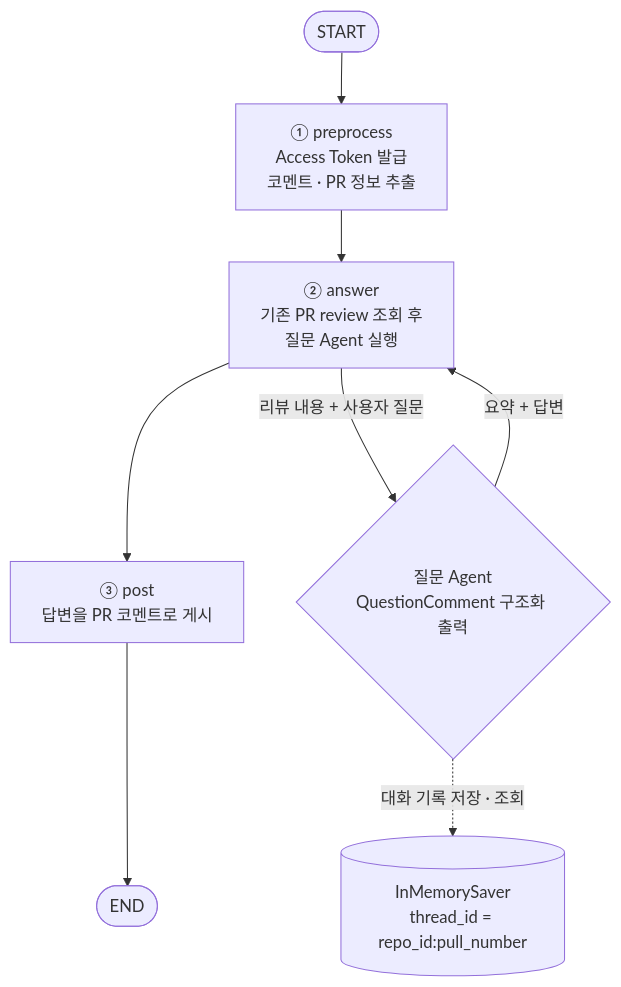
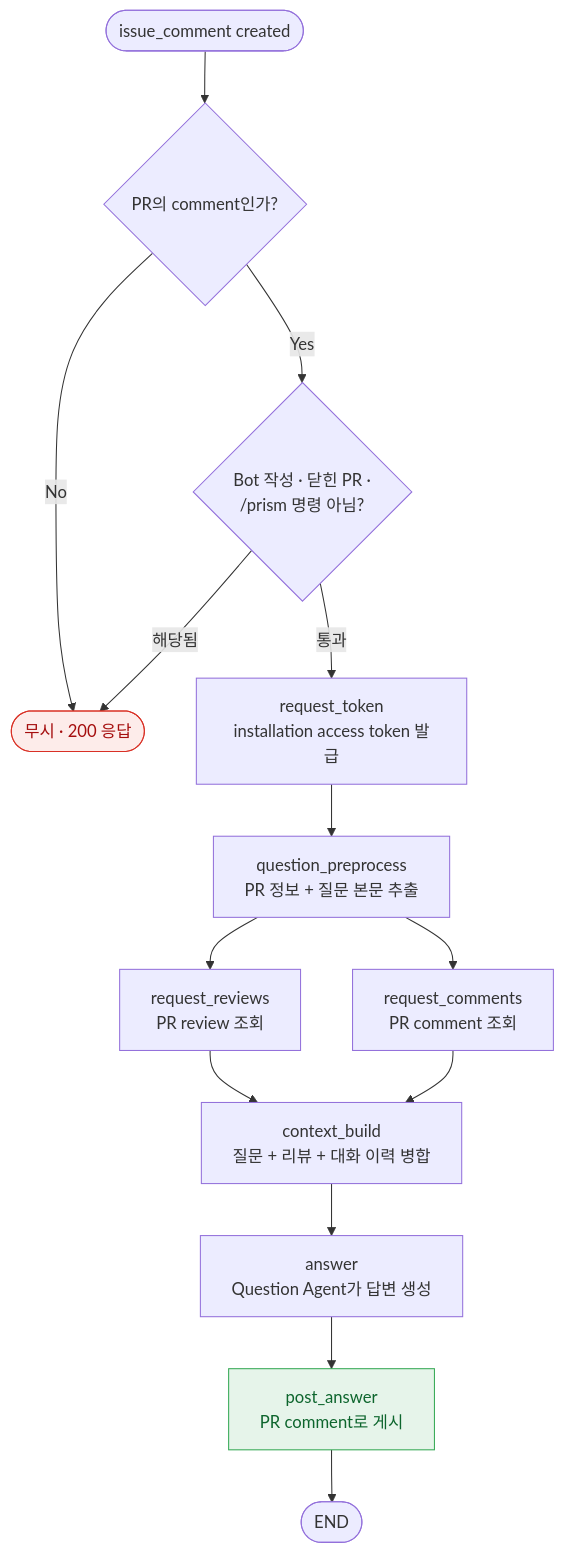
The third of 3 diagrams in README.md (Ryuharam/vicki-project), drawn with Mermaid before and after one commit. The commit also changed other lines of this file and 7 other files, not shown here.

````diff
--- a/README.md
+++ b/README.md
@@ -99,15 +175,21 @@
 ```mermaid
 flowchart TD
-    S(["START"])
-    N1["① preprocess<br/>Access Token 발급<br/>코멘트 · PR 정보 추출"]
-    N2["② answer<br/>기존 PR review 조회 후<br/>질문 Agent 실행"]
-    N3["③ post<br/>답변을 PR 코멘트로 게시"]
-    E(["END"])
-    AG{"질문 Agent<br/>QuestionComment 구조화 출력"}
-    MEM[("InMemorySaver<br/>thread_id = repo_id:pull_number")]
+    S(["issue_comment created"]) --> G1{"PR의 comment인가?"}
+    G1 -- No --> X([무시 · 200 응답])
+    G1 -- Yes --> G2{"Bot 작성 · 닫힌 PR ·<br/>/prism 명령 아님?"}
+    G2 -- 해당됨 --> X
+    G2 -- 통과 --> T["request_token<br/>installation access token 발급"]
+    T --> P["question_preprocess<br/>PR 정보 + 질문 본문 추출"]
+    P --> RQ["request_reviews<br/>PR review 조회"]
+    P --> RC["request_comments<br/>PR comment 조회"]
+    RQ --> CB["context_build<br/>질문 + 리뷰 + 대화 이력 병합"]
+    RC --> CB
+    CB --> A["answer<br/>Question Agent가 답변 생성"]
+    A --> PA["post_answer<br/>PR comment로 게시"]
+    PA --> E([END])
 
-    S --> N1 --> N2 --> N3 --> E
-    N2 -- "리뷰 내용 + 사용자 질문" --> AG
-    AG -- "요약 + 답변" --> N2
-    AG -. "대화 기록 저장 · 조회" .-> MEM
+    classDef skip fill:#fdecea,stroke:#d93025,color:#a50e0e
+    classDef done fill:#e6f4ea,stroke:#34a853,color:#0d652d
+    class X skip
+    class PA done
 ```
````
